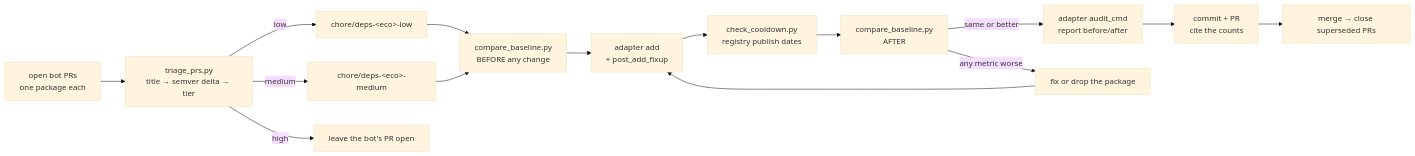
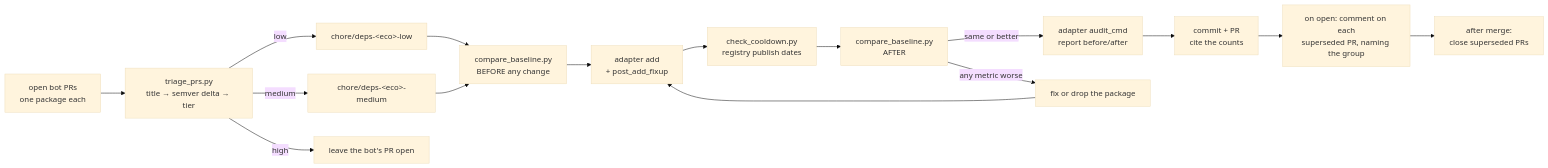
One commit to westonplatter/ngv-trader changed the first of 2 diagrams in .claude/skills/grouped-dependency-upgrades/references/workflow.md. Above: the diagram before and after it, drawn with Mermaid (base theme). The commit also changed other lines of this file and 7 other files, not shown here.

````diff
--- a/.claude/skills/grouped-dependency-upgrades/references/workflow.md
+++ b/.claude/skills/grouped-dependency-upgrades/references/workflow.md
@@ -3,17 +3,18 @@
 ```mermaid
 flowchart LR
   PRs["open bot PRs<br/>one package each"] --> T["triage_prs.py<br/>title → semver delta → tier"]
   T -->|low| L["chore/deps-&lt;eco&gt;-low"]
   T -->|medium| M["chore/deps-&lt;eco&gt;-medium"]
   T -->|high| H["leave the bot's PR open"]
   L --> B
   M --> B
   B["compare_baseline.py<br/>BEFORE any change"] --> BUMP["adapter add<br/>+ post_add_fixup"]
   BUMP --> CD["check_cooldown.py<br/>registry publish dates"]
   CD --> V["compare_baseline.py<br/>AFTER"]
   V -->|same or better| A["adapter audit_cmd<br/>report before/after"]
   V -->|any metric worse| X["fix or drop the package"]
   X --> BUMP
   A --> SHIP["commit + PR<br/>cite the counts"]
-  SHIP --> CLOSE["merge → close superseded PRs"]
+  SHIP --> NOTE["on open: comment on each<br/>superseded PR, naming the group"]
+  NOTE --> CLOSE["after merge:<br/>close superseded PRs"]
 ```
````
